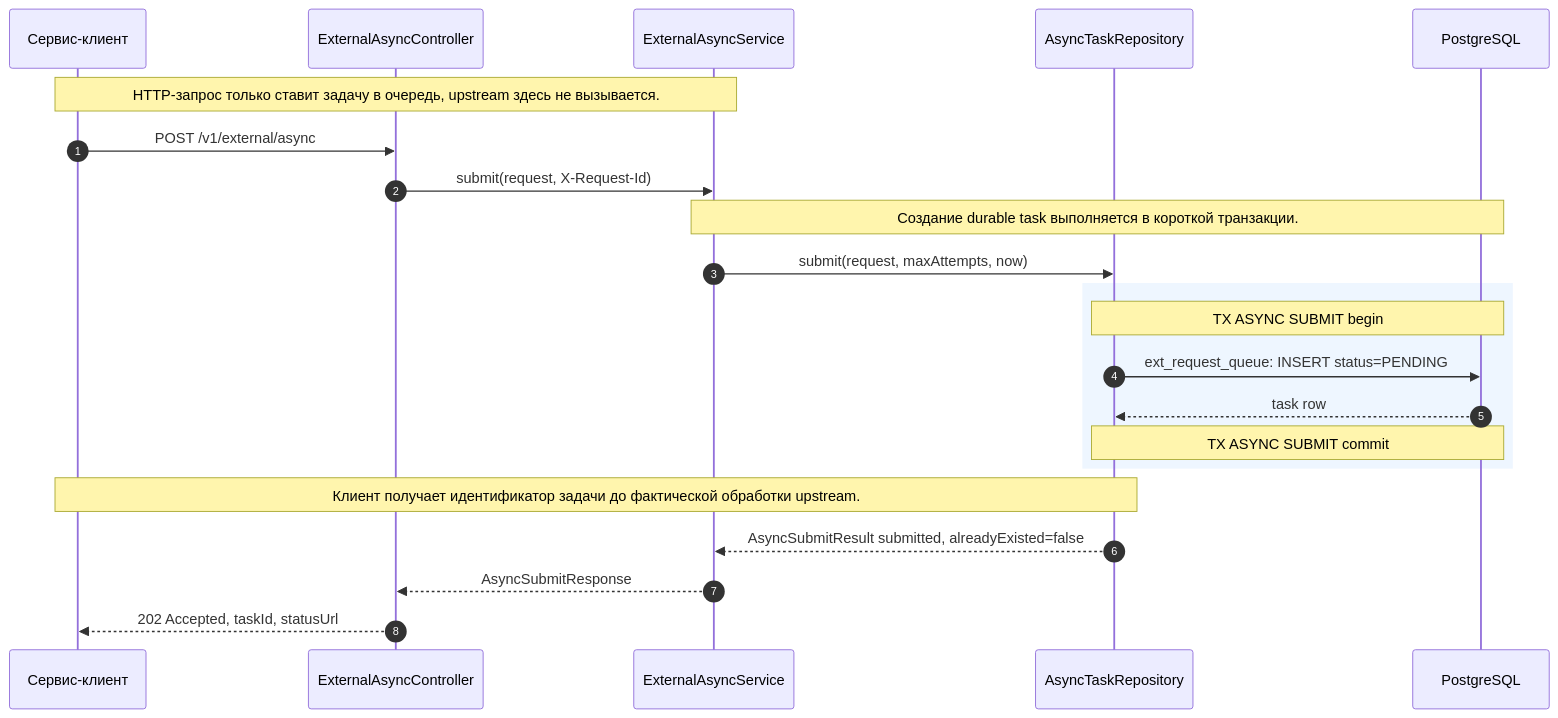
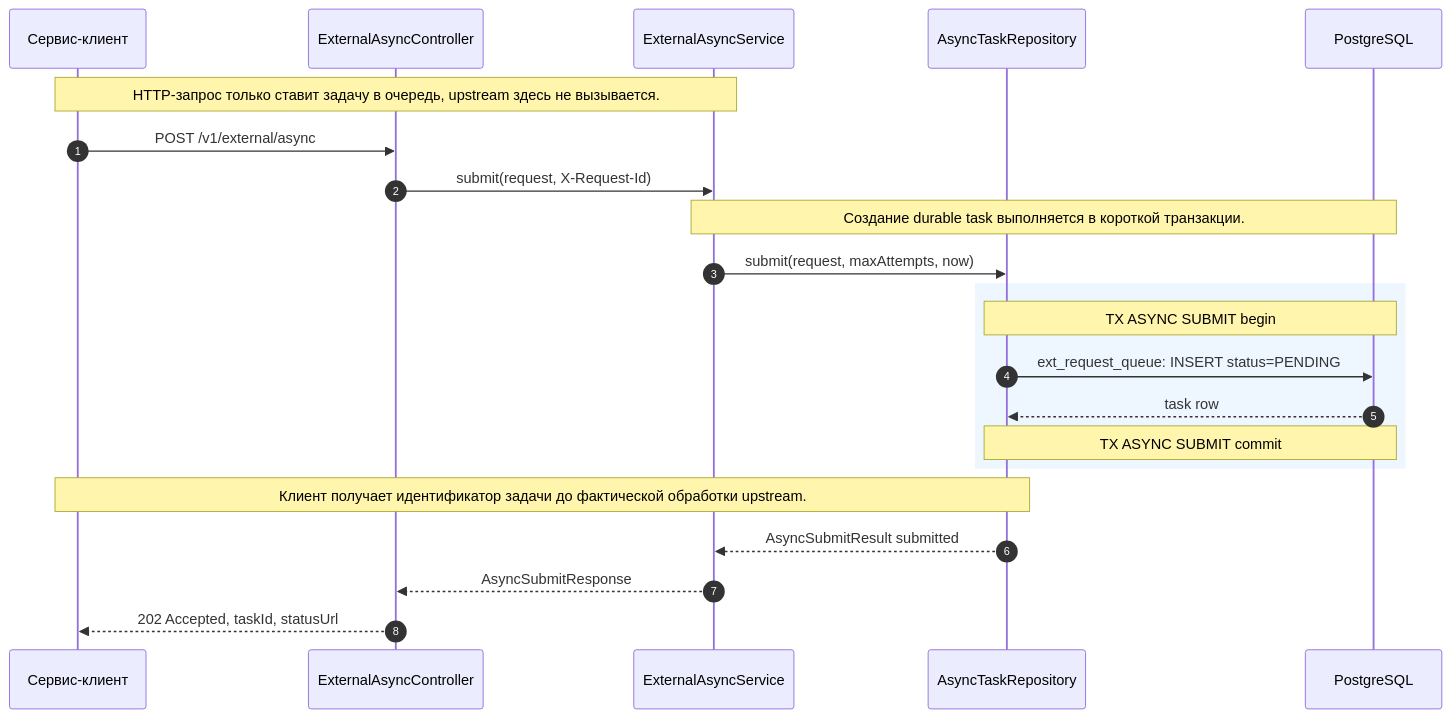
One commit to DenisVanin4402/TestQwenCli changed the first of 12 diagrams in docs/external-service-gateway/architecture/06-sequence-async.md. Above: the diagram before and after it, drawn with Mermaid. The commit also changed other lines of this file and 28 other files, not shown here.

````diff
--- a/docs/external-service-gateway/architecture/06-sequence-async.md
+++ b/docs/external-service-gateway/architecture/06-sequence-async.md
@@ -12,25 +12,25 @@
 ```mermaid
 sequenceDiagram
     autonumber
     participant Client as Сервис-клиент
     participant API as ExternalAsyncController
     participant Service as ExternalAsyncService
     participant Repo as AsyncTaskRepository
     participant DB as PostgreSQL
 
     Note over Client,Service: HTTP-запрос только ставит задачу в очередь, upstream здесь не вызывается.
     Client->>API: POST /v1/external/async
     API->>Service: submit(request, X-Request-Id)
     Note over Service,DB: Создание durable task выполняется в короткой транзакции.
     Service->>Repo: submit(request, maxAttempts, now)
     rect rgb(238, 246, 255)
         Note over Repo,DB: TX ASYNC SUBMIT begin
         Repo->>DB: ext_request_queue: INSERT status=PENDING
         DB-->>Repo: task row
         Note over Repo,DB: TX ASYNC SUBMIT commit
     end
     Note over Repo,Client: Клиент получает идентификатор задачи до фактической обработки upstream.
-    Repo-->>Service: AsyncSubmitResult submitted, alreadyExisted=false
+    Repo-->>Service: AsyncSubmitResult submitted
     Service-->>API: AsyncSubmitResponse
     API-->>Client: 202 Accepted, taskId, statusUrl
 ```
````
